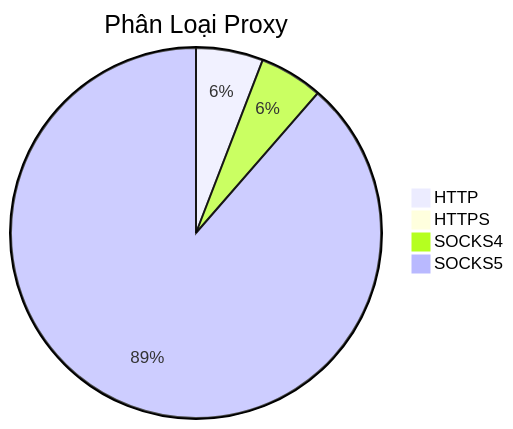
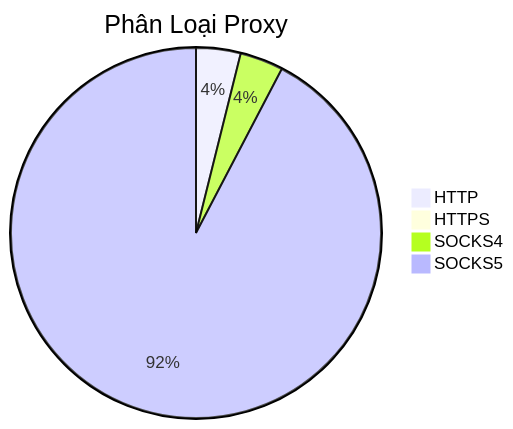
Before and after one commit to Ciara-Aa/PROXY-free: the diagram in README.md, drawn with Mermaid. The commit also changed other lines of this file and 4 other files, not shown here.

````diff
--- a/README.md
+++ b/README.md
@@ -26,7 +26,7 @@
 ```mermaid
 pie title Phân Loại Proxy
-    "HTTP" : 424
-    "HTTPS" : 0
-    "SOCKS4" : 401
-    "SOCKS5" : 6411
+    "HTTP" : 422
+    "HTTPS" : 3
+    "SOCKS4" : 411
+    "SOCKS5" : 10026
 ```
````
